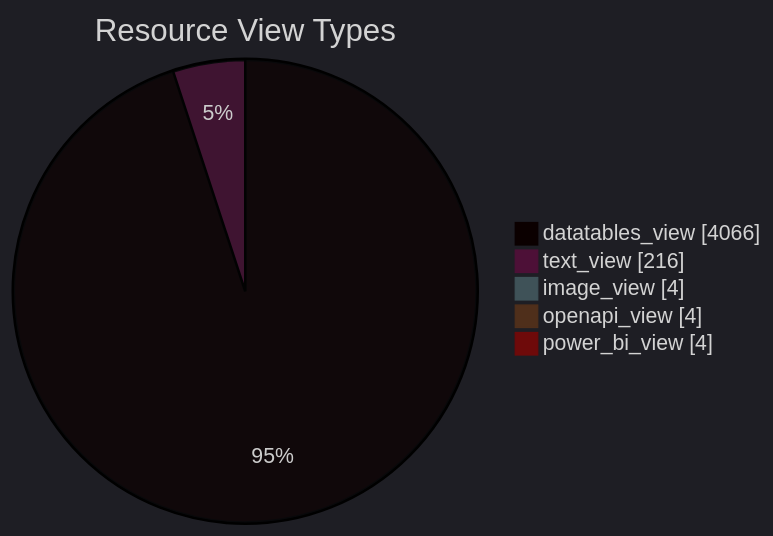
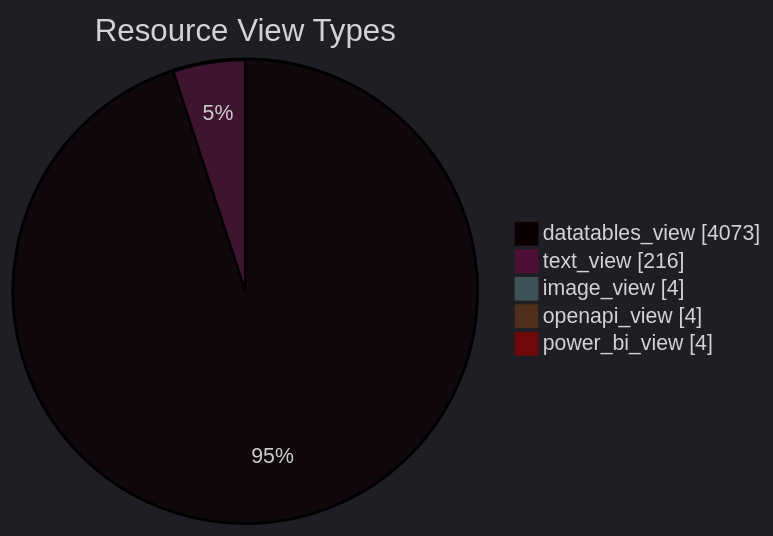
Before and after one commit to open-data/analytics-corporate-reporting: the diagram in datastore_tracker/resource_view_types_pie_chart.md, drawn with Mermaid. The commit also changed 9 other files, not shown here.

````diff
--- a/datastore_tracker/resource_view_types_pie_chart.md
+++ b/datastore_tracker/resource_view_types_pie_chart.md
@@ -2,12 +2,12 @@
 ```mermaid
 ---
 config:
   theme: dark
 ---
 pie showData title Resource View Types
-    "datatables_view": 4066
+    "datatables_view": 4073
     "text_view": 216
     "image_view": 4
     "openapi_view": 4
     "power_bi_view": 4
 ```
````
